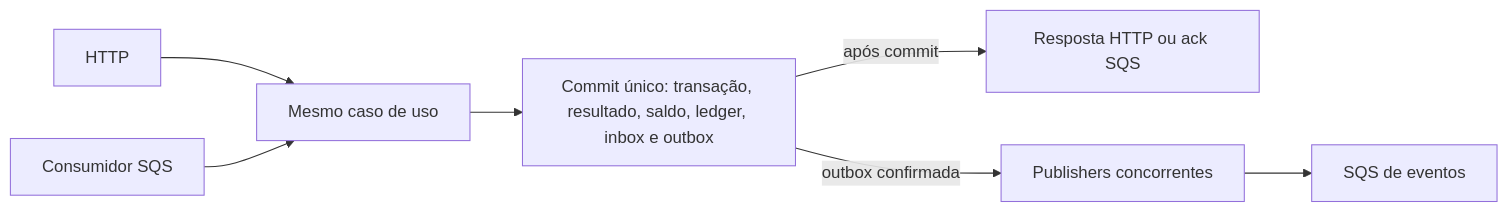
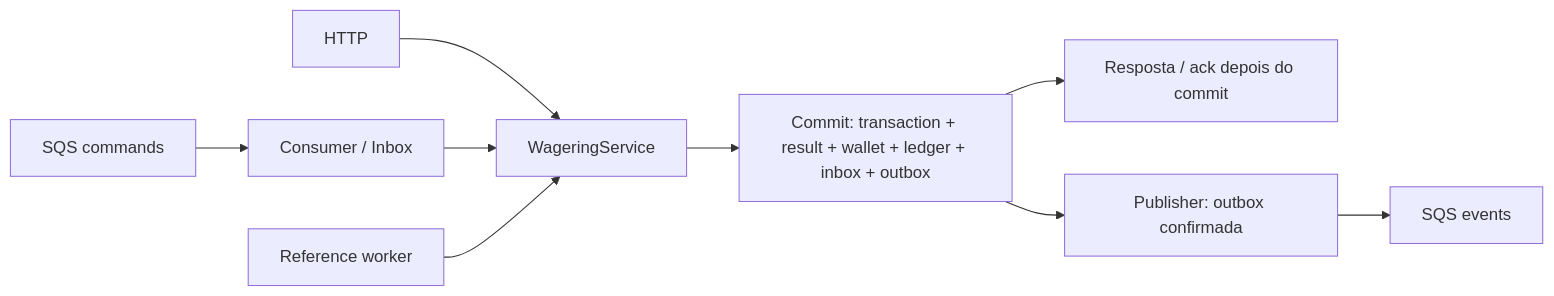
Before and after one commit to Derick-Andres/backend-challenge: the diagram in ARCHITECTURE.md, drawn with Mermaid. The commit also changed other lines of this file and 84 other files, not shown here.

````diff
--- a/ARCHITECTURE.md
+++ b/ARCHITECTURE.md
@@ -184,9 +39,11 @@
 ```mermaid
 flowchart LR
-    H[HTTP] --> U[Mesmo caso de uso]
-    S[Consumidor SQS] --> U
-    U --> T[Commit único: transação, resultado, saldo, ledger, inbox e outbox]
-    T -->|após commit| A[Resposta HTTP ou ack SQS]
-    T -->|outbox confirmada| P[Publishers concorrentes]
-    P --> E[SQS de eventos]
+  H[HTTP] --> U[WageringService]
+  S[SQS commands] --> C[Consumer / Inbox]
+  C --> U
+  R[Reference worker] --> U
+  U --> T[Commit: transaction + result + wallet + ledger + inbox + outbox]
+  T --> A[Resposta / ack depois do commit]
+  T --> P[Publisher: outbox confirmada]
+  P --> E[SQS events]
 ```
````
